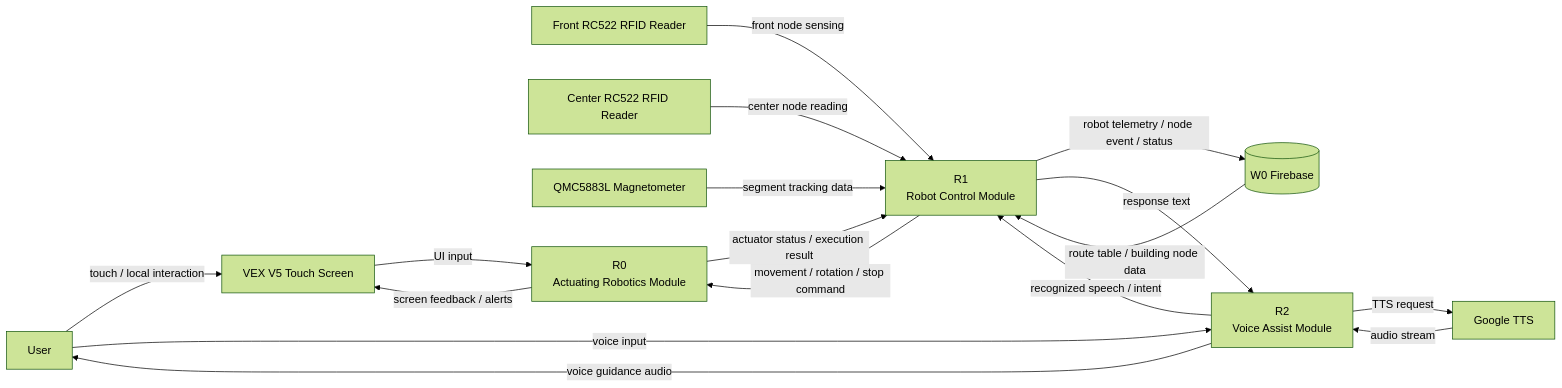
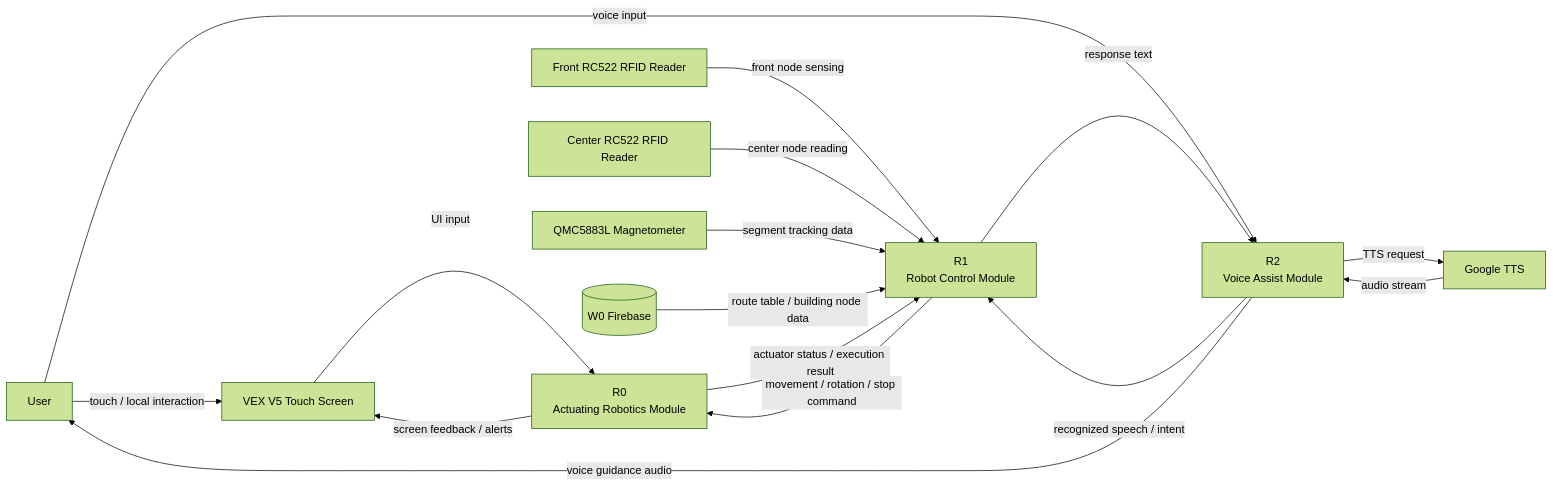
The first of 2 diagrams in README.md (BYuM-051/JMUsseoRobotics), drawn with Mermaid (forest theme) before and after one commit.

Commit message:
fix: simplifying W0 DFD System

````diff
--- a/README.md
+++ b/README.md
@@ -68,36 +68,35 @@
 ```mermaid
 flowchart LR
     U[User]
     F[(W0 Firebase)]
     G[Google TTS]
 
     RFID1[Front RC522 RFID Reader]
     RFID2[Center RC522 RFID Reader]
     MAG[QMC5883L Magnetometer]
     UI[VEX V5 Touch Screen]
 
     R1[R1\nRobot Control Module]
     R0[R0\nActuating Robotics Module]
     R2[R2\nVoice Assist Module]
 
     U -->|touch / local interaction| UI
     UI -->|UI input| R0
     R0 -->|screen feedback / alerts| UI
 
     RFID1 -->|front node sensing| R1
     RFID2 -->|center node reading| R1
     MAG -->|segment tracking data| R1
 
     F -->|route table / building node data| R1
-    R1 -->|robot telemetry / node event / status| F
 
     U -->|voice input| R2
     R2 -->|recognized speech / intent| R1
     R1 -->|response text| R2
     R2 -->|TTS request| G
     G -->|audio stream| R2
     R2 -->|voice guidance audio| U
 
     R1 -->|movement / rotation / stop command| R0
     R0 -->|actuator status / execution result| R1
 ```
````
